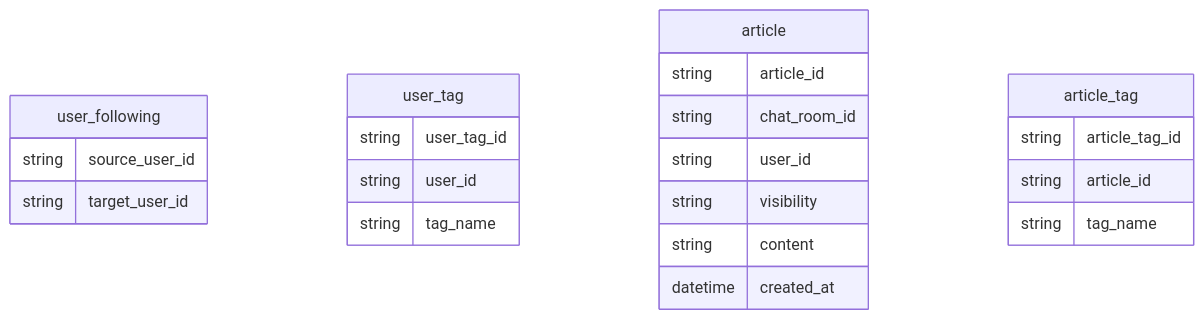
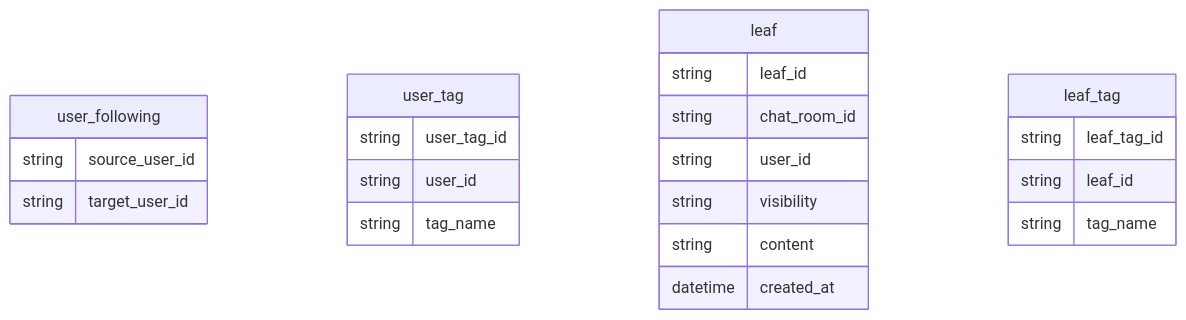
One commit to frost-community/frost changed the second of 8 diagrams in backend/docs/db.md. Above: the diagram before and after it, drawn with Mermaid. The commit also changed other lines of this file and 1 other file, not shown here.

````diff
--- a/backend/docs/db.md
+++ b/backend/docs/db.md
@@ -38,28 +38,28 @@
 ```mermaid
 erDiagram
   user_following {
     string source_user_id
     string target_user_id
   }
 
   user_tag {
     string user_tag_id
     string user_id
     string tag_name
   }
 
-  article {
-    string article_id
+  leaf {
+    string leaf_id
     string chat_room_id
     string user_id
     string visibility
     string content
     datetime created_at
   }
 
-  article_tag {
-    string article_tag_id
-    string article_id
+  leaf_tag {
+    string leaf_tag_id
+    string leaf_id
     string tag_name
   }
 ```
````
